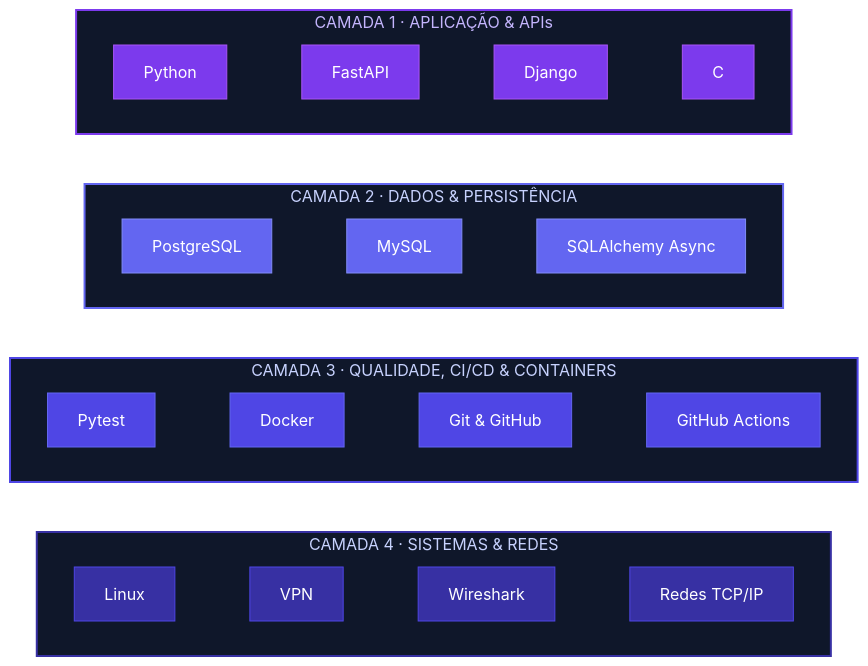
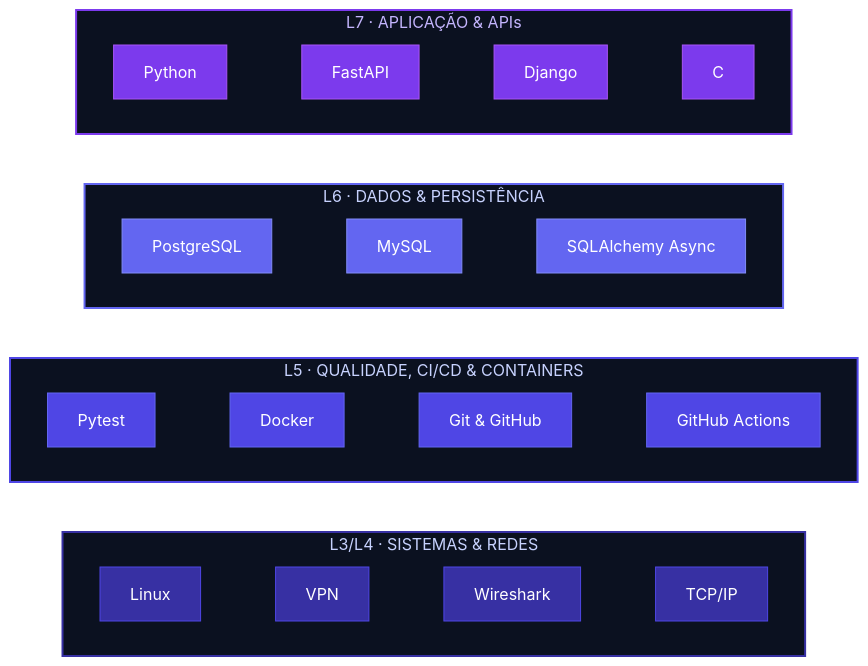
Before and after one commit to rafaelmaia-dev/rafaelmaia-dev: the second of 3 diagrams in README.md, drawn with Mermaid (neutral theme). The commit also changed other lines of this file, not shown here.

````diff
--- a/README.md
+++ b/README.md
@@ -139,49 +111,49 @@
 ```mermaid
 flowchart TB
-    subgraph L1["CAMADA 1 · APLICAÇÃO & APIs"]
+    subgraph L7["L7 · APLICAÇÃO & APIs"]
         direction LR
         A1["Python"]
         A2["FastAPI"]
         A3["Django"]
         A4["C"]
     end
-    subgraph L2["CAMADA 2 · DADOS & PERSISTÊNCIA"]
+    subgraph L6["L6 · DADOS & PERSISTÊNCIA"]
         direction LR
         B1["PostgreSQL"]
         B2["MySQL"]
         B3["SQLAlchemy Async"]
     end
-    subgraph L3["CAMADA 3 · QUALIDADE, CI/CD & CONTAINERS"]
+    subgraph L5["L5 · QUALIDADE, CI/CD & CONTAINERS"]
         direction LR
         C1["Pytest"]
         C2["Docker"]
         C3["Git & GitHub"]
         C4["GitHub Actions"]
     end
-    subgraph L4["CAMADA 4 · SISTEMAS & REDES"]
+    subgraph L3["L3/L4 · SISTEMAS & REDES"]
         direction LR
         D1["Linux"]
         D2["VPN"]
         D3["Wireshark"]
-        D4["Redes TCP/IP"]
+        D4["TCP/IP"]
     end
 
     A1 ~~~ A2 ~~~ A3 ~~~ A4
     B1 ~~~ B2 ~~~ B3
     C1 ~~~ C2 ~~~ C3 ~~~ C4
     D1 ~~~ D2 ~~~ D3 ~~~ D4
-    L1 ~~~ L2 ~~~ L3 ~~~ L4
+    L7 ~~~ L6 ~~~ L5 ~~~ L3
 
     classDef a fill:#7C3AED,stroke:#A855F7,color:#fff,stroke-width:1px
     classDef d fill:#6366F1,stroke:#818CF8,color:#fff,stroke-width:1px
     classDef o fill:#4F46E5,stroke:#6366F1,color:#fff,stroke-width:1px
     classDef i fill:#3730A3,stroke:#4F46E5,color:#fff,stroke-width:1px
     class A1,A2,A3,A4 a
     class B1,B2,B3 d
     class C1,C2,C3,C4 o
     class D1,D2,D3,D4 i
-    style L1 fill:#0F172A,stroke:#7C3AED,stroke-width:2px,color:#C4B5FD
-    style L2 fill:#0F172A,stroke:#6366F1,stroke-width:2px,color:#C7D2FE
-    style L3 fill:#0F172A,stroke:#4F46E5,stroke-width:2px,color:#C7D2FE
-    style L4 fill:#0F172A,stroke:#3730A3,stroke-width:2px,color:#C7D2FE
+    style L7 fill:#0B1120,stroke:#7C3AED,stroke-width:2px,color:#C4B5FD
+    style L6 fill:#0B1120,stroke:#6366F1,stroke-width:2px,color:#C7D2FE
+    style L5 fill:#0B1120,stroke:#4F46E5,stroke-width:2px,color:#C7D2FE
+    style L3 fill:#0B1120,stroke:#3730A3,stroke-width:2px,color:#C7D2FE
 ```
````
